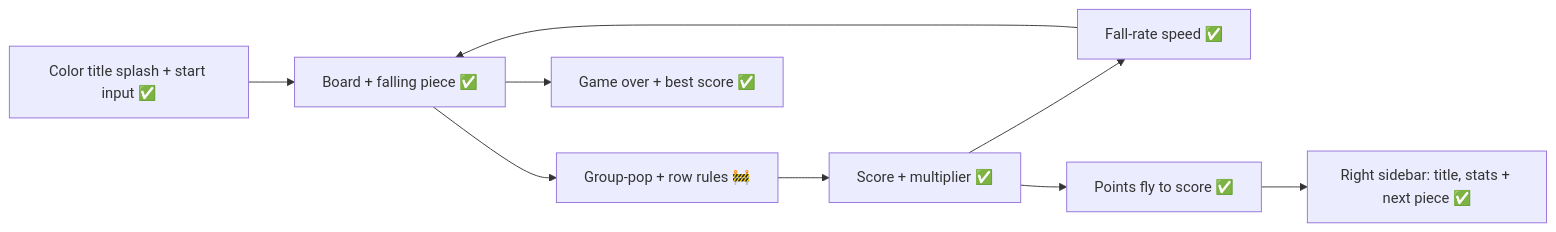
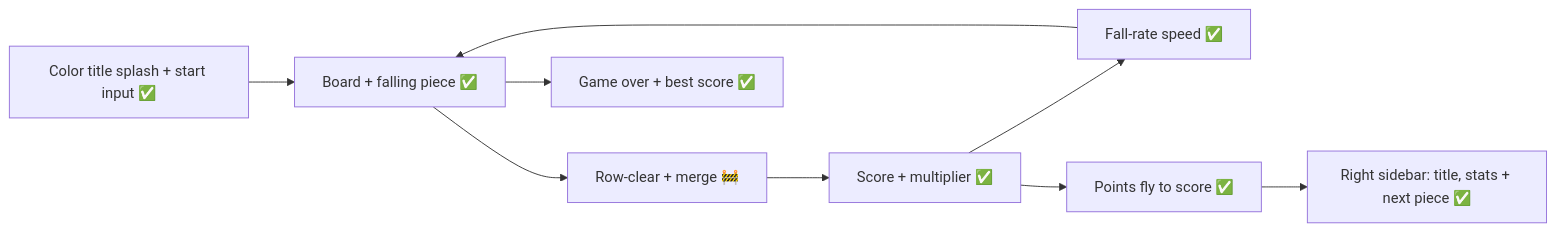
One commit to stezante7/Darix changed the diagram in docs/features/001-darix/plan.md. Above: the diagram before and after it, drawn with Mermaid. The commit also changed other lines of this file and 4 other files, not shown here.

Commit message:
Rewrite board model: merge on same-color contact, full row same color pops, solid block gravity

````diff
--- a/docs/features/001-darix/plan.md
+++ b/docs/features/001-darix/plan.md
@@ -5,11 +5,11 @@
 ```mermaid
 flowchart LR
   Splash[Color title splash + start input ✅] --> Board[Board + falling piece ✅]
-  Board --> Rules[Group-pop + row rules 🚧]
+  Board --> Rules[Row-clear + merge 🚧]
   Rules --> Score[Score + multiplier ✅]
   Score --> Speed[Fall-rate speed ✅]
   Speed --> Board
   Score --> Flight[Points fly to score ✅]
   Flight --> Hud[Right sidebar: title, stats + next piece ✅]
   Board --> Over[Game over + best score ✅]
 ```
````
